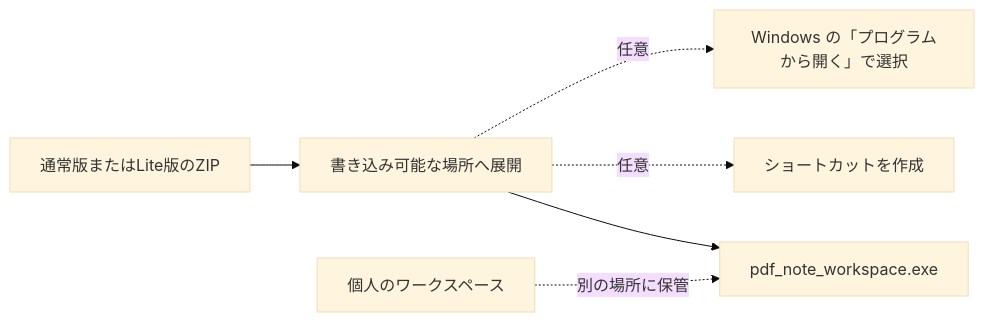
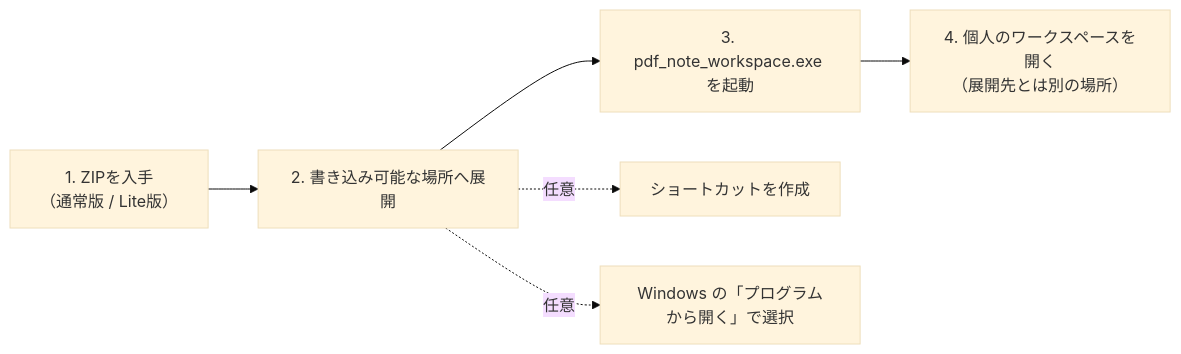
One commit to soone-y/OPEN_PDF-Note-Workspace changed the diagram in Document/How_to_Setup.md. Above: the diagram before and after it, drawn with Mermaid (base theme). The commit also changed other lines of this file and 10 other files, not shown here.

````diff
--- a/Document/How_to_Setup.md
+++ b/Document/How_to_Setup.md
@@ -7,8 +7,8 @@
 ```mermaid
 flowchart LR
-    Z[通常版またはLite版のZIP] --> E[書き込み可能な場所へ展開]
-    E --> A[pdf_note_workspace.exe]
+    Z[1. ZIPを入手<br>（通常版 / Lite版）] --> E[2. 書き込み可能な場所へ展開]
+    E --> A[3. pdf_note_workspace.exe を起動]
+    A --> W[4. 個人のワークスペースを開く<br>（展開先とは別の場所）]
     E -. 任意 .-> S[ショートカットを作成]
     E -. 任意 .-> O[Windows の「プログラムから開く」で選択]
-    W[個人のワークスペース] -. 別の場所に保管 .-> A
 ```
````
